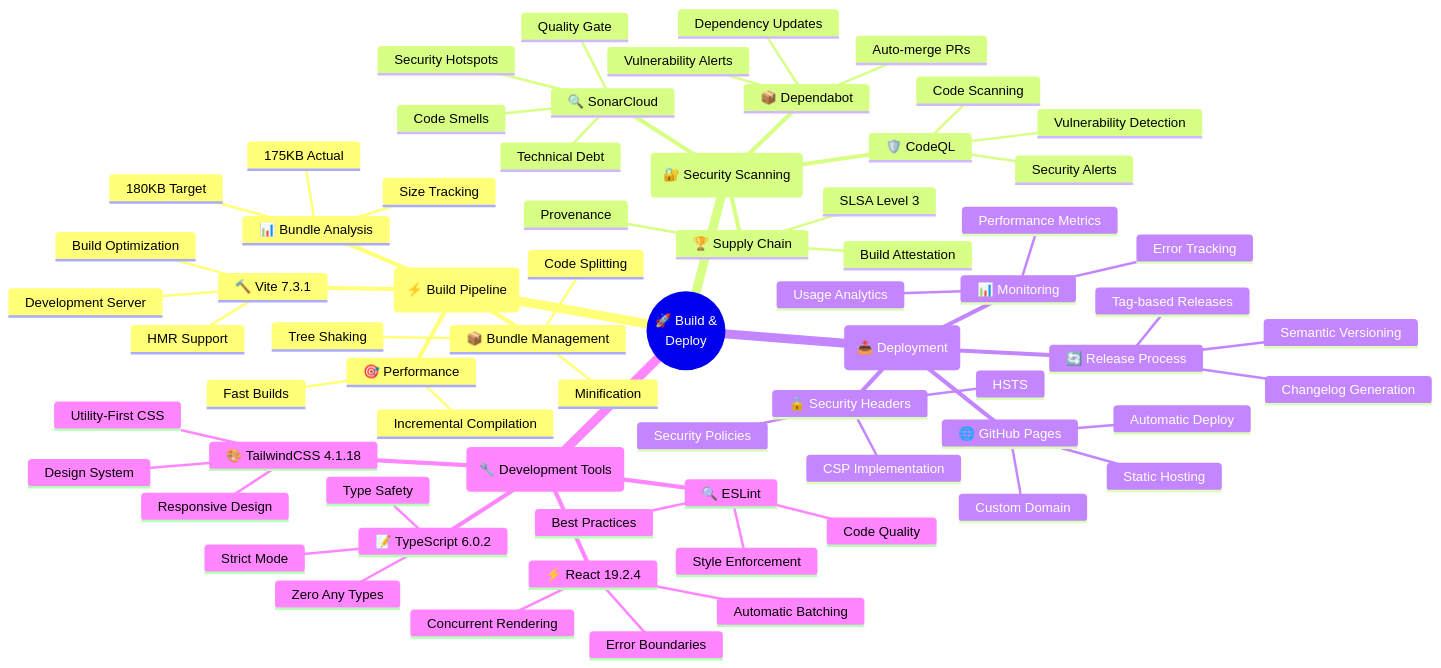
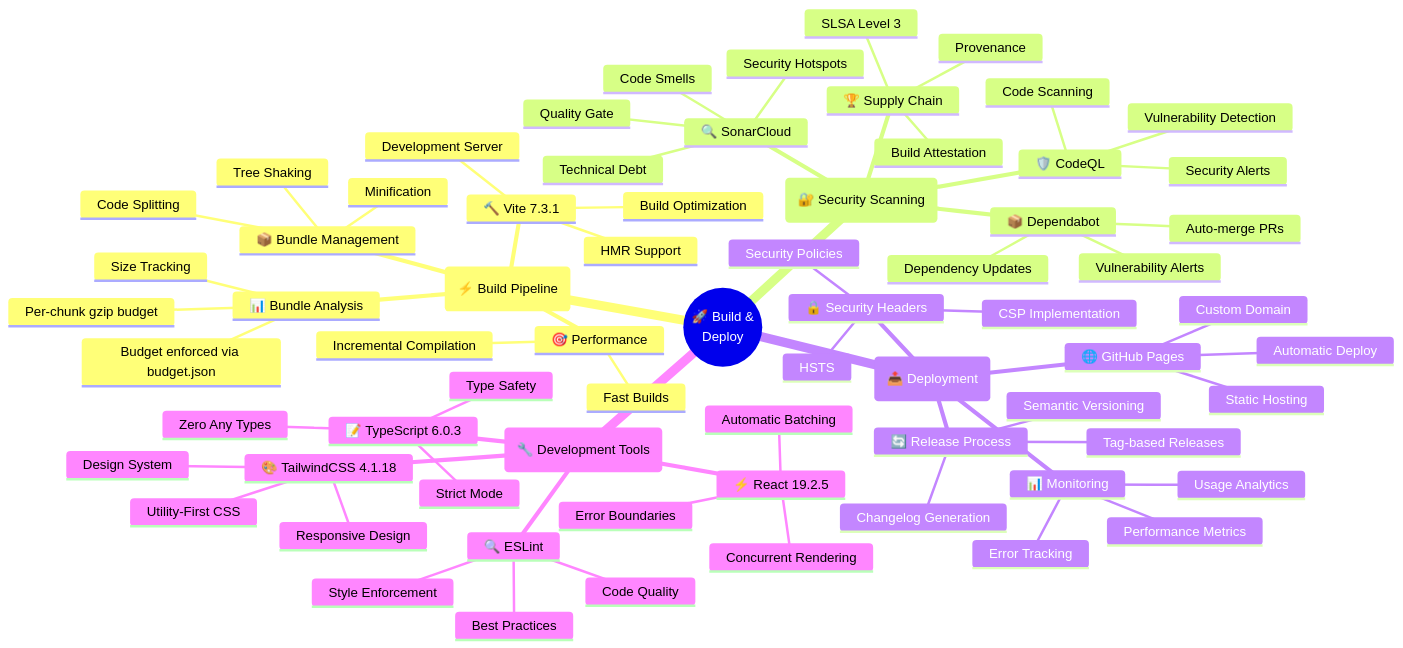
The sixth of 13 diagrams in docs/architecture/MINDMAP.md (step-security-bot/cia-compliance-manager), drawn with Mermaid before and after one commit. The commit also changed other lines of this file and 12 other files, not shown here.

````diff
--- a/docs/architecture/MINDMAP.md
+++ b/docs/architecture/MINDMAP.md
@@ -553,72 +553,72 @@
 ```mermaid
 mindmap
   root((🚀 Build &<br/>Deploy))
     (⚡ Build Pipeline)
       🔨 Vite 7.3.1
         Development Server
         HMR Support
         Build Optimization
       📦 Bundle Management
         Code Splitting
         Tree Shaking
         Minification
       📊 Bundle Analysis
         Size Tracking
-        175KB Actual
-        180KB Target
+        Per-chunk gzip budget
+        Budget enforced via budget.json
       🎯 Performance
         Fast Builds
         Incremental Compilation
     (🔐 Security Scanning)
       🔍 SonarCloud
         Quality Gate
         Security Hotspots
         Code Smells
         Technical Debt
       🛡️ CodeQL
         Vulnerability Detection
         Code Scanning
         Security Alerts
       📦 Dependabot
         Dependency Updates
         Vulnerability Alerts
         Auto-merge PRs
       🏆 Supply Chain
         SLSA Level 3
         Build Attestation
         Provenance
     (📤 Deployment)
       🌐 GitHub Pages
         Static Hosting
         Automatic Deploy
         Custom Domain
       🔒 Security Headers
         CSP Implementation
         HSTS
         Security Policies
       📊 Monitoring
         Performance Metrics
         Error Tracking
         Usage Analytics
       🔄 Release Process
         Semantic Versioning
         Changelog Generation
         Tag-based Releases
     (🔧 Development Tools)
-      📝 TypeScript 6.0.2
+      📝 TypeScript 6.0.3
         Strict Mode
         Type Safety
         Zero Any Types
       🎨 TailwindCSS 4.1.18
         Utility-First CSS
         Design System
         Responsive Design
-      ⚡ React 19.2.4
+      ⚡ React 19.2.5
         Concurrent Rendering
         Error Boundaries
         Automatic Batching
       🔍 ESLint
         Code Quality
         Style Enforcement
         Best Practices
 ```
````
